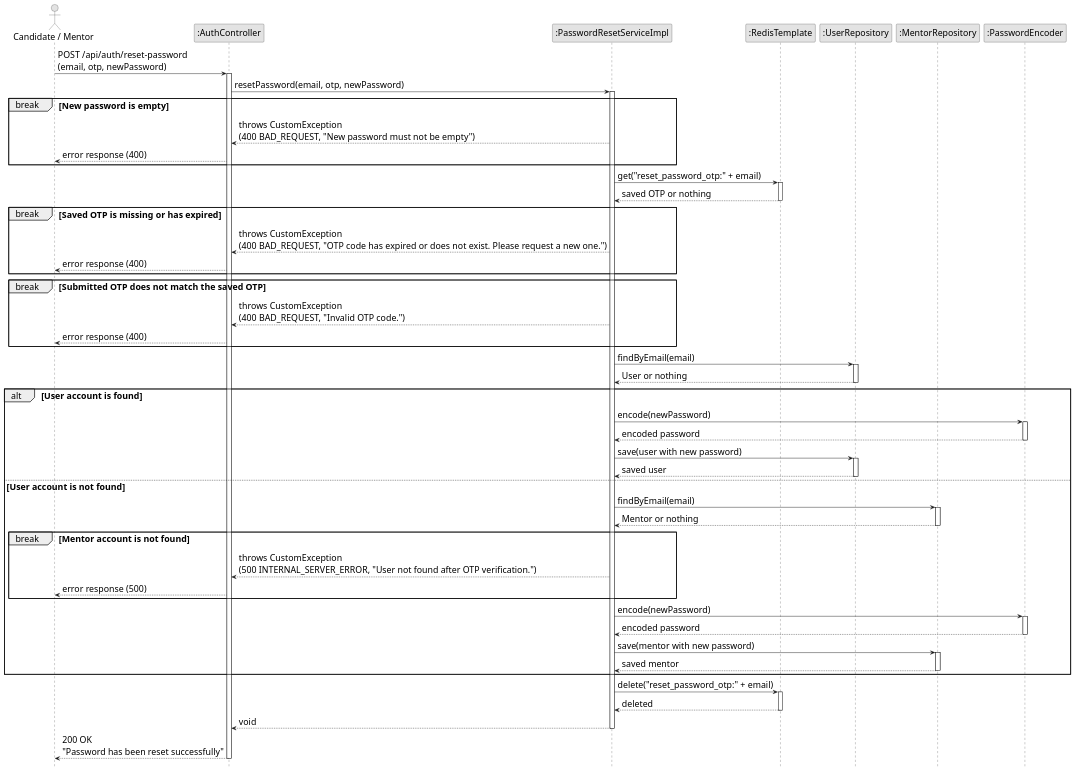
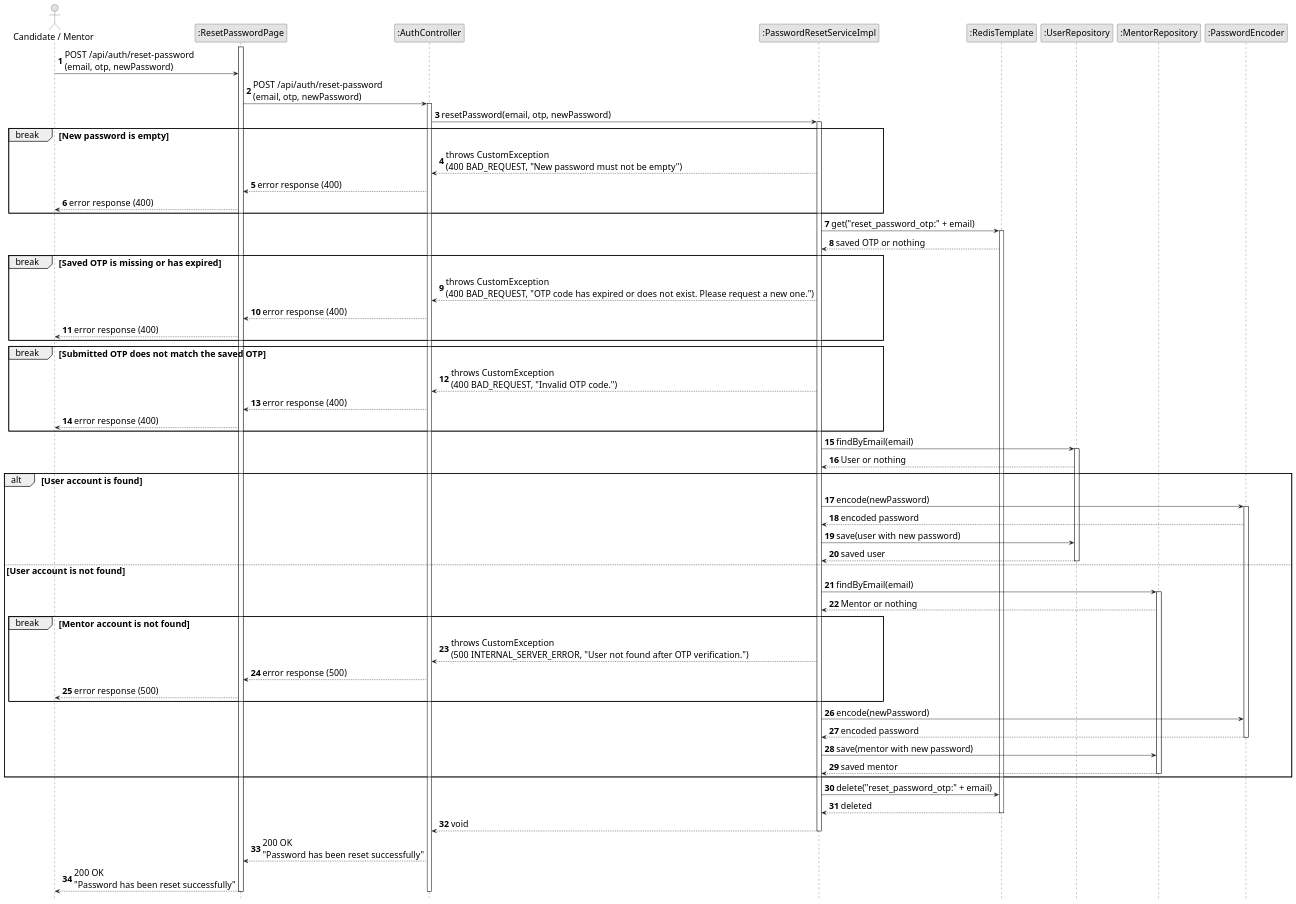
Before and after one commit to Kdz198/Inblue: the diagram in diagram/sequence/sequence-3.1.2.3(2).puml, drawn with PlantUML. The commit also changed 35 other files, not shown here.

Commit message:
feat: update sequence diagrams to include client interactions and improve clarity

```diff
--- a/diagram/sequence/sequence-3.1.2.3(2).puml
+++ b/diagram/sequence/sequence-3.1.2.3(2).puml
@@ -1,107 +1,112 @@
 @startuml ResetPasswordWithOtp
 skinparam monochrome true
 skinparam shadowing false
 skinparam defaultFontSize 20
 
 ' Do not repeat participant boxes at the bottom of the diagram
 hide footbox
 
 <style>
 sequenceDiagram {
   groupHeader {
     FontStyle plain
   }
 }
 </style>
 
+autonumber
+
 actor "Candidate / Mentor" as User
+participant ":ResetPasswordPage" as Client
 participant ":AuthController" as Controller
 participant ":PasswordResetServiceImpl" as Service
 participant ":RedisTemplate" as Redis
 participant ":UserRepository" as UserRepo
 participant ":MentorRepository" as MentorRepo
 participant ":PasswordEncoder" as Encoder
 
 ' ===================== Submit the OTP and the new password =====================
 
-User -> Controller : POST /api/auth/reset-password\n(email, otp, newPassword)
+activate Client
+
+User -> Client : POST /api/auth/reset-password\n(email, otp, newPassword)
+Client -> Controller : POST /api/auth/reset-password\n(email, otp, newPassword)
 activate Controller
 
 Controller -> Service : resetPassword(email, otp, newPassword)
 activate Service
 
 break New password is empty
     Service --> Controller : throws CustomException\n(400 BAD_REQUEST, "New password must not be empty")
-    Controller --> User : error response (400)
+    Controller --> Client : error response (400)
+    Client --> User : error response (400)
 end
 
 ' ===================== Verify the OTP =====================
 
 Service -> Redis : get("reset_password_otp:" + email)
 activate Redis
 Redis --> Service : saved OTP or nothing
-deactivate Redis
 
 break Saved OTP is missing or has expired
     Service --> Controller : throws CustomException\n(400 BAD_REQUEST, "OTP code has expired or does not exist. Please request a new one.")
-    Controller --> User : error response (400)
+    Controller --> Client : error response (400)
+    Client --> User : error response (400)
 end
 
 break Submitted OTP does not match the saved OTP
     Service --> Controller : throws CustomException\n(400 BAD_REQUEST, "Invalid OTP code.")
-    Controller --> User : error response (400)
+    Controller --> Client : error response (400)
+    Client --> User : error response (400)
 end
 
 ' ===================== Update the account password =====================
 
 Service -> UserRepo : findByEmail(email)
 activate UserRepo
 UserRepo --> Service : User or nothing
-deactivate UserRepo
 
 alt User account is found
     Service -> Encoder : encode(newPassword)
     activate Encoder
     Encoder --> Service : encoded password
-    deactivate Encoder
 
     Service -> UserRepo : save(user with new password)
-    activate UserRepo
     UserRepo --> Service : saved user
     deactivate UserRepo
 else User account is not found
     Service -> MentorRepo : findByEmail(email)
     activate MentorRepo
     MentorRepo --> Service : Mentor or nothing
-    deactivate MentorRepo
 
     break Mentor account is not found
         Service --> Controller : throws CustomException\n(500 INTERNAL_SERVER_ERROR, "User not found after OTP verification.")
-        Controller --> User : error response (500)
+        Controller --> Client : error response (500)
+        Client --> User : error response (500)
     end
 
     Service -> Encoder : encode(newPassword)
-    activate Encoder
     Encoder --> Service : encoded password
     deactivate Encoder
 
     Service -> MentorRepo : save(mentor with new password)
-    activate MentorRepo
     MentorRepo --> Service : saved mentor
     deactivate MentorRepo
 end
 
 ' ===================== Invalidate the used OTP =====================
 
 Service -> Redis : delete("reset_password_otp:" + email)
-activate Redis
 Redis --> Service : deleted
 deactivate Redis
 
 Service --> Controller : void
 deactivate Service
 
-Controller --> User : 200 OK\n"Password has been reset successfully"
+Controller --> Client : 200 OK\n"Password has been reset successfully"
+Client --> User : 200 OK\n"Password has been reset successfully"
 deactivate Controller
 
+deactivate Client
+
 @enduml
```
